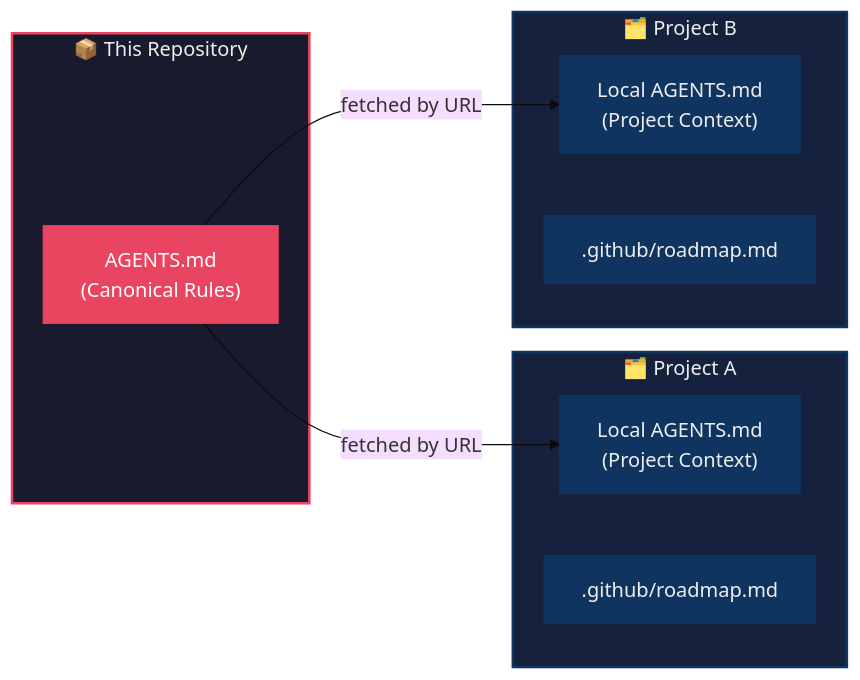
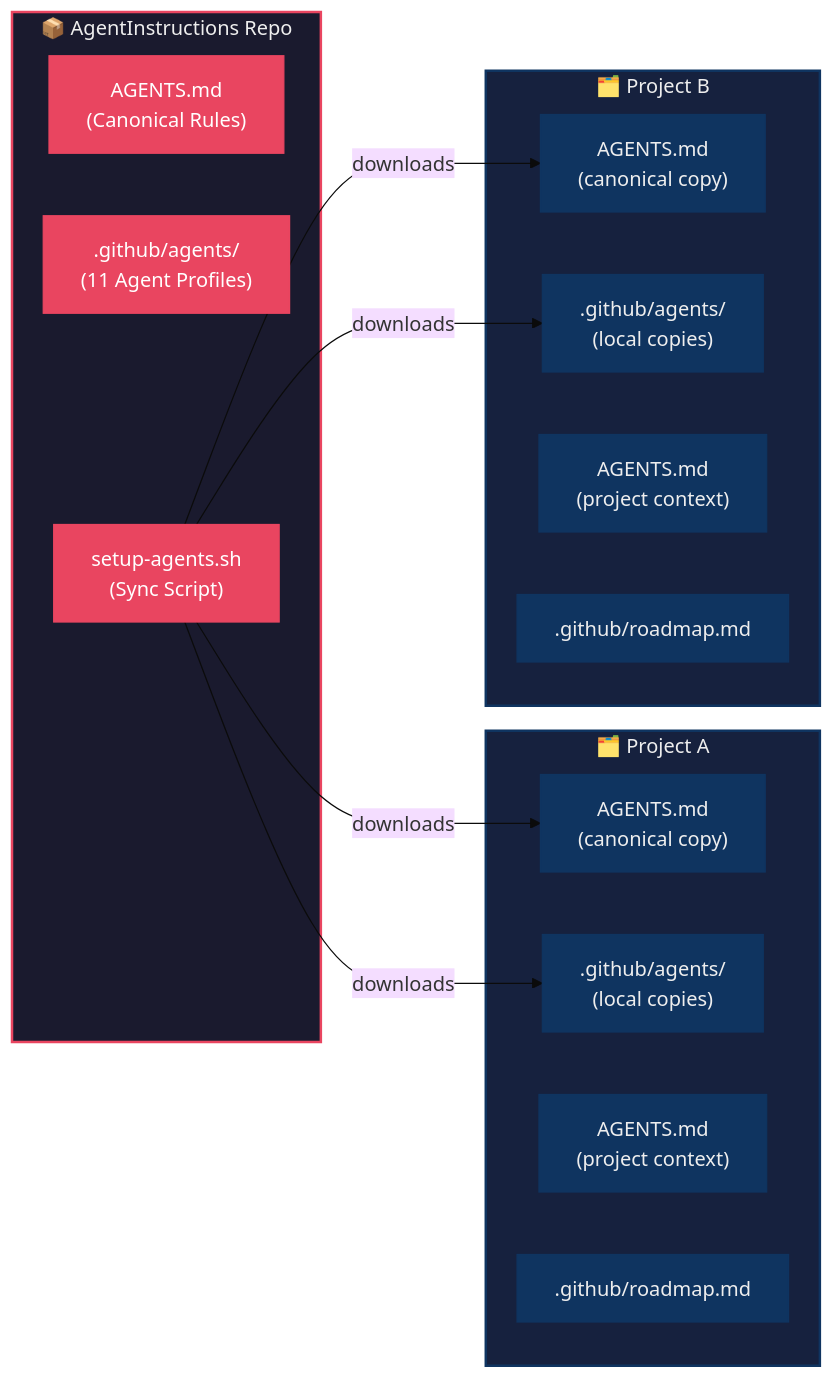
The diagram in README.md (LoneEngineer99/AgentInstructions), drawn with Mermaid (base theme) before and after one commit. The commit also changed other lines of this file and 4 other files, not shown here.

First line of the commit message:
feat: switch to local-sync model with setup-agents.sh and CHECKSUMS.sha256

````diff
--- a/README.md
+++ b/README.md
@@ -52,26 +52,40 @@
 ```mermaid
 flowchart LR
-    subgraph This_Repo["📦 This Repository"]
+    subgraph This_Repo["📦 AgentInstructions Repo"]
         A["AGENTS.md\n(Canonical Rules)"]
+        B[".github/agents/\n(11 Agent Profiles)"]
+        C["setup-agents.sh\n(Sync Script)"]
     end
     subgraph Project_A["🗂️ Project A"]
-        B["Local AGENTS.md\n(Project Context)"]
-        C[".github/roadmap.md"]
+        D["AGENTS.md\n(canonical copy)"]
+        E[".github/agents/\n(local copies)"]
+        F["AGENTS.md\n(project context)"]
+        G[".github/roadmap.md"]
     end
     subgraph Project_B["🗂️ Project B"]
-        D["Local AGENTS.md\n(Project Context)"]
-        E[".github/roadmap.md"]
+        H["AGENTS.md\n(canonical copy)"]
+        I[".github/agents/\n(local copies)"]
+        J["AGENTS.md\n(project context)"]
+        K[".github/roadmap.md"]
     end
 
-    A -- "fetched by URL" --> B
-    A -- "fetched by URL" --> D
+    C -- "downloads" --> D
+    C -- "downloads" --> E
+    C -- "downloads" --> H
+    C -- "downloads" --> I
 
     style This_Repo fill:#1a1a2e,stroke:#e94560,stroke-width:2px,color:#eee
     style Project_A fill:#16213e,stroke:#0f3460,stroke-width:2px,color:#eee
     style Project_B fill:#16213e,stroke:#0f3460,stroke-width:2px,color:#eee
     style A fill:#e94560,stroke:#e94560,color:#fff
-    style B fill:#0f3460,stroke:#0f3460,color:#eee
-    style C fill:#0f3460,stroke:#0f3460,color:#eee
+    style B fill:#e94560,stroke:#e94560,color:#fff
+    style C fill:#e94560,stroke:#e94560,color:#fff
     style D fill:#0f3460,stroke:#0f3460,color:#eee
     style E fill:#0f3460,stroke:#0f3460,color:#eee
+    style F fill:#0f3460,stroke:#0f3460,color:#eee
+    style G fill:#0f3460,stroke:#0f3460,color:#eee
+    style H fill:#0f3460,stroke:#0f3460,color:#eee
+    style I fill:#0f3460,stroke:#0f3460,color:#eee
+    style J fill:#0f3460,stroke:#0f3460,color:#eee
+    style K fill:#0f3460,stroke:#0f3460,color:#eee
 ```
````
